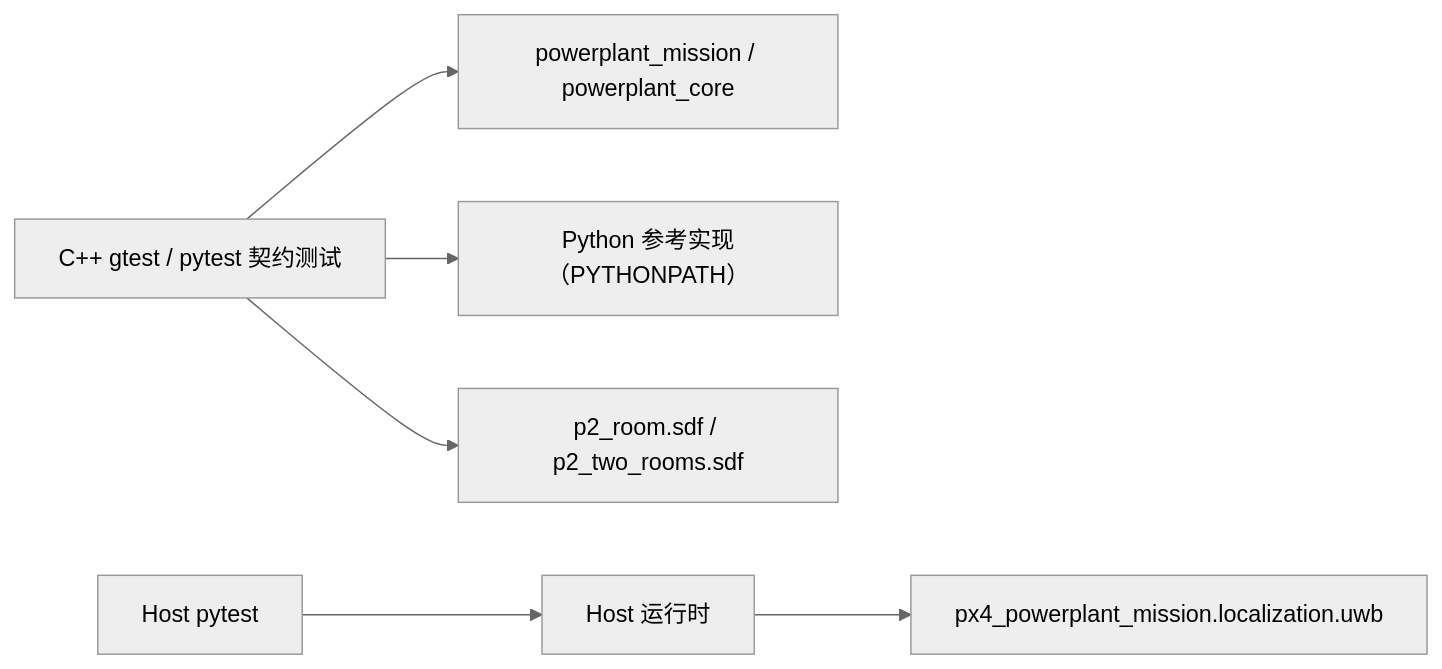
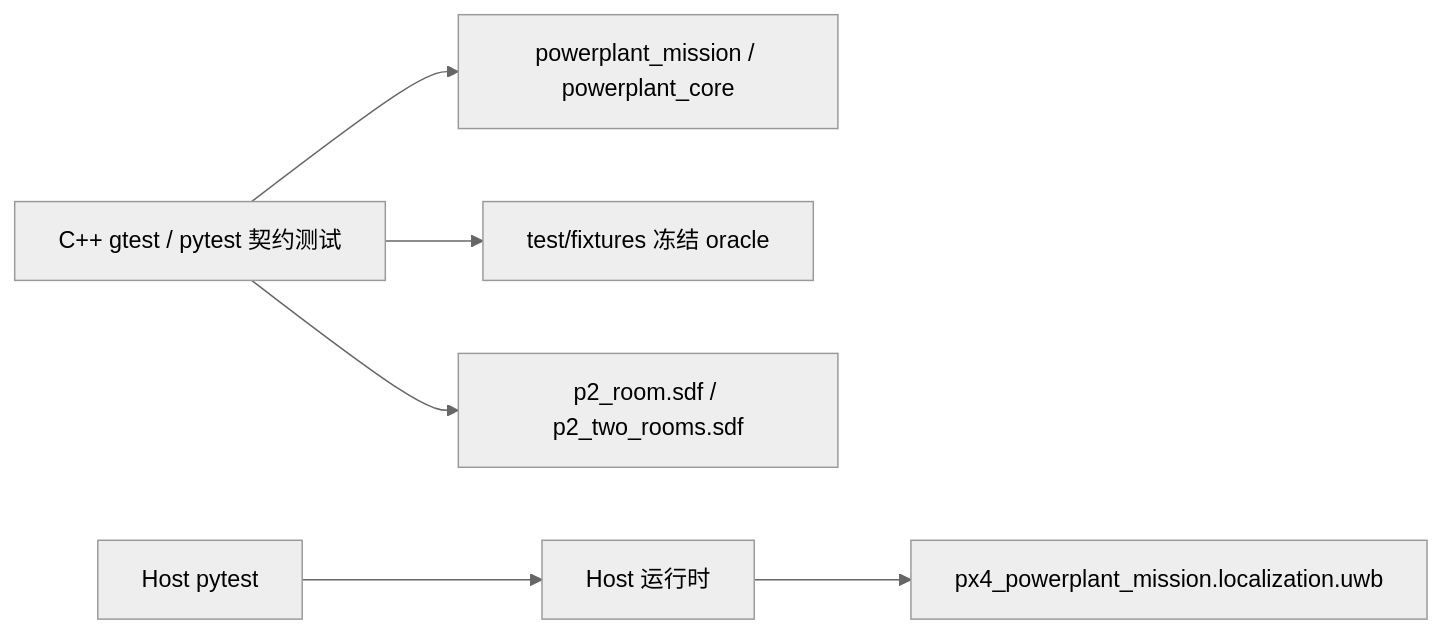
The third of 3 diagrams in docs/architecture/dependency-map.md (pawn-queen/px4_ros_ws), drawn with Mermaid (neutral theme) before and after one commit. The commit also changed other lines of this file and 58 other files, not shown here.

````diff
--- a/docs/architecture/dependency-map.md
+++ b/docs/architecture/dependency-map.md
@@ -112,8 +106,8 @@
 ```mermaid
 flowchart LR
   CT["C++ gtest / pytest 契约测试"] --> CPP["powerplant_mission / powerplant_core"]
-  CT --> PY["Python 参考实现（PYTHONPATH）"]
+  CT --> FIX["test/fixtures 冻结 oracle"]
   HT["Host pytest"] --> HS["Host 运行时"]
   HS --> PY2["px4_powerplant_mission.localization.uwb"]
   CT --> SDF["p2_room.sdf / p2_two_rooms.sdf"]
 ```
````
